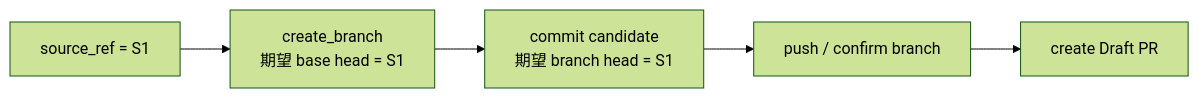
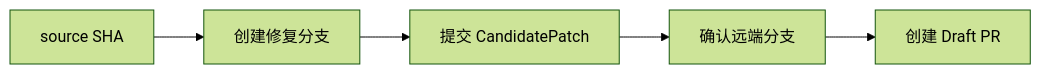
One commit to Arthur999459up/GitAgent changed the third of 8 diagrams in docs/08-approval-and-remote-mutations.md. Above: the diagram before and after it, drawn with Mermaid (forest theme). The commit also changed other lines of this file and 15 other files, not shown here.

````diff
--- a/docs/08-approval-and-remote-mutations.md
+++ b/docs/08-approval-and-remote-mutations.md
@@ -114,7 +66,7 @@
 ```mermaid
 flowchart LR
-    S[source_ref = S1] --> B[create_branch\n期望 base head = S1]
-    B --> C[commit candidate\n期望 branch head = S1]
-    C --> P[push / confirm branch]
-    P --> R[create Draft PR]
+    S[source SHA] --> B[创建修复分支]
+    B --> C[提交 CandidatePatch]
+    C --> P[确认远端分支]
+    P --> R[创建 Draft PR]
 ```
````
